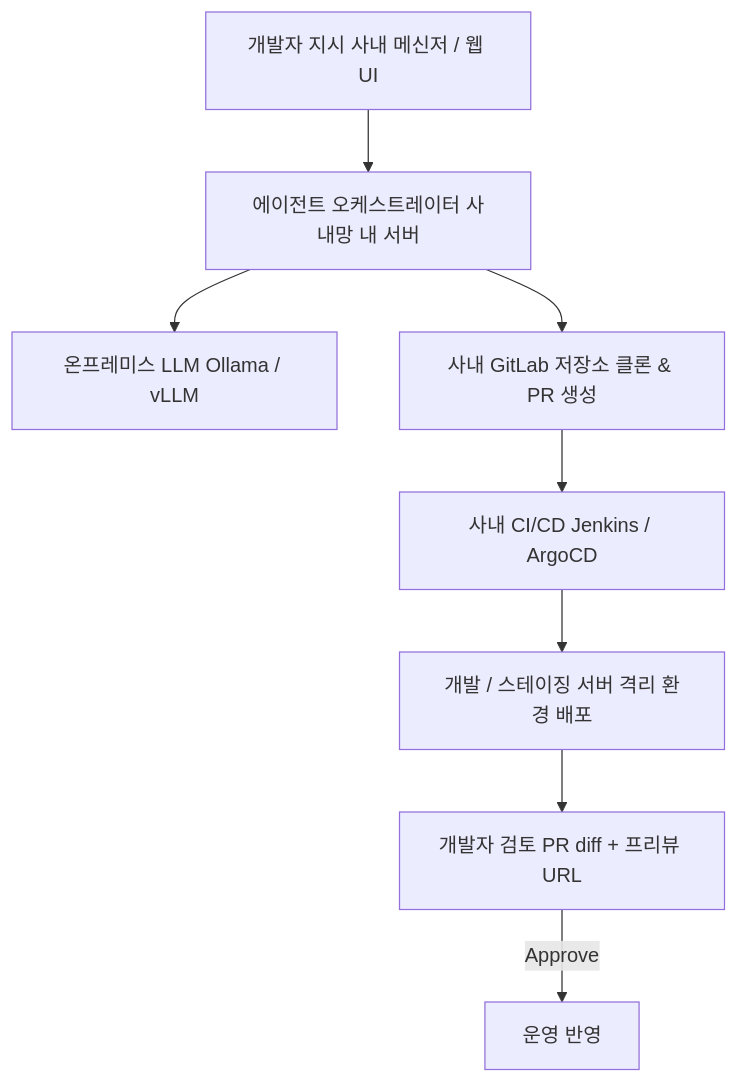
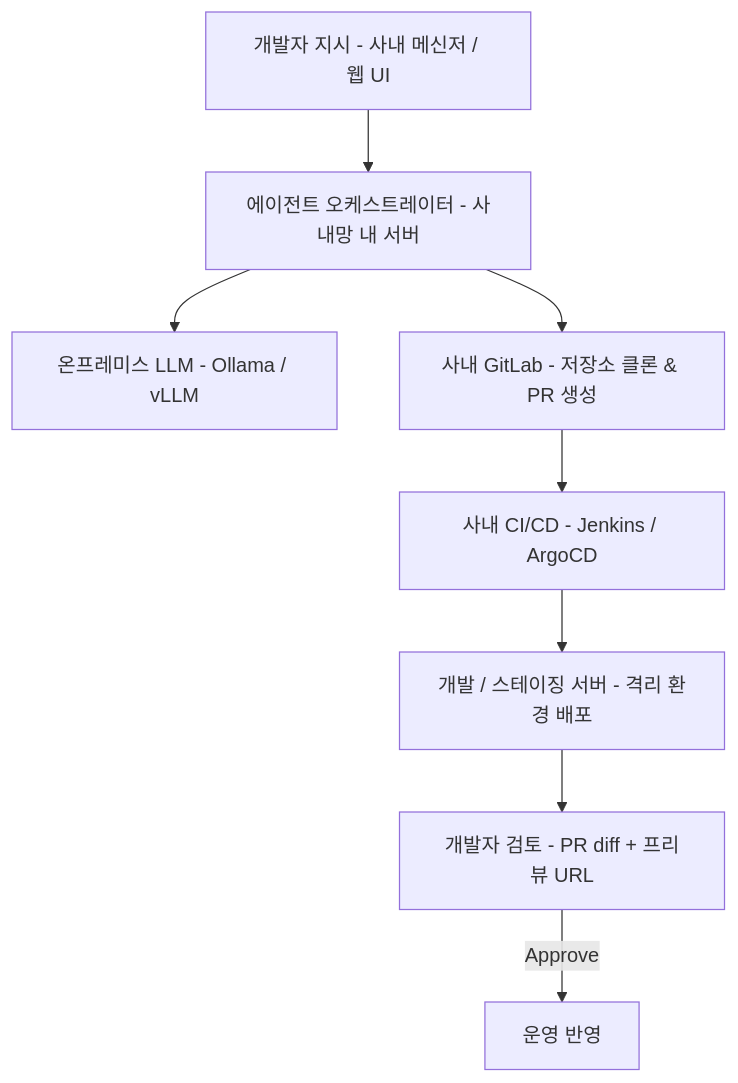
Before and after one commit to Mike-kor/my-agent-docs: the second of 3 diagrams in index.md, drawn with Mermaid. The commit also changed other lines of this file, not shown here.

Commit message:
docs: index.md HTML 지식공유 문서로 전면 리디자인 (아이콘 제거, 미니멀 스타일, mermaid zoom/expand)

```diff
--- a/index.md
+++ b/index.md
@@ -423,10 +521,10 @@
-<pre class="mermaid">
+        <pre class="mermaid">
 flowchart TD
-    A[개발자 지시 사내 메신저 / 웹 UI] --> B[에이전트 오케스트레이터 사내망 내 서버]
-    B --> C[온프레미스 LLM Ollama / vLLM]
-    B --> D[사내 GitLab 저장소 클론 & PR 생성]
-    D --> E[사내 CI/CD Jenkins / ArgoCD]
-    E --> F[개발 / 스테이징 서버 격리 환경 배포]
-    F --> G[개발자 검토 PR diff + 프리뷰 URL]
+    A[개발자 지시 - 사내 메신저 / 웹 UI] --> B[에이전트 오케스트레이터 - 사내망 내 서버]
+    B --> C[온프레미스 LLM - Ollama / vLLM]
+    B --> D[사내 GitLab - 저장소 클론 & PR 생성]
+    D --> E[사내 CI/CD - Jenkins / ArgoCD]
+    E --> F[개발 / 스테이징 서버 - 격리 환경 배포]
+    F --> G[개발자 검토 - PR diff + 프리뷰 URL]
     G -->|Approve| H[운영 반영]
-</pre>
+        </pre>
```
